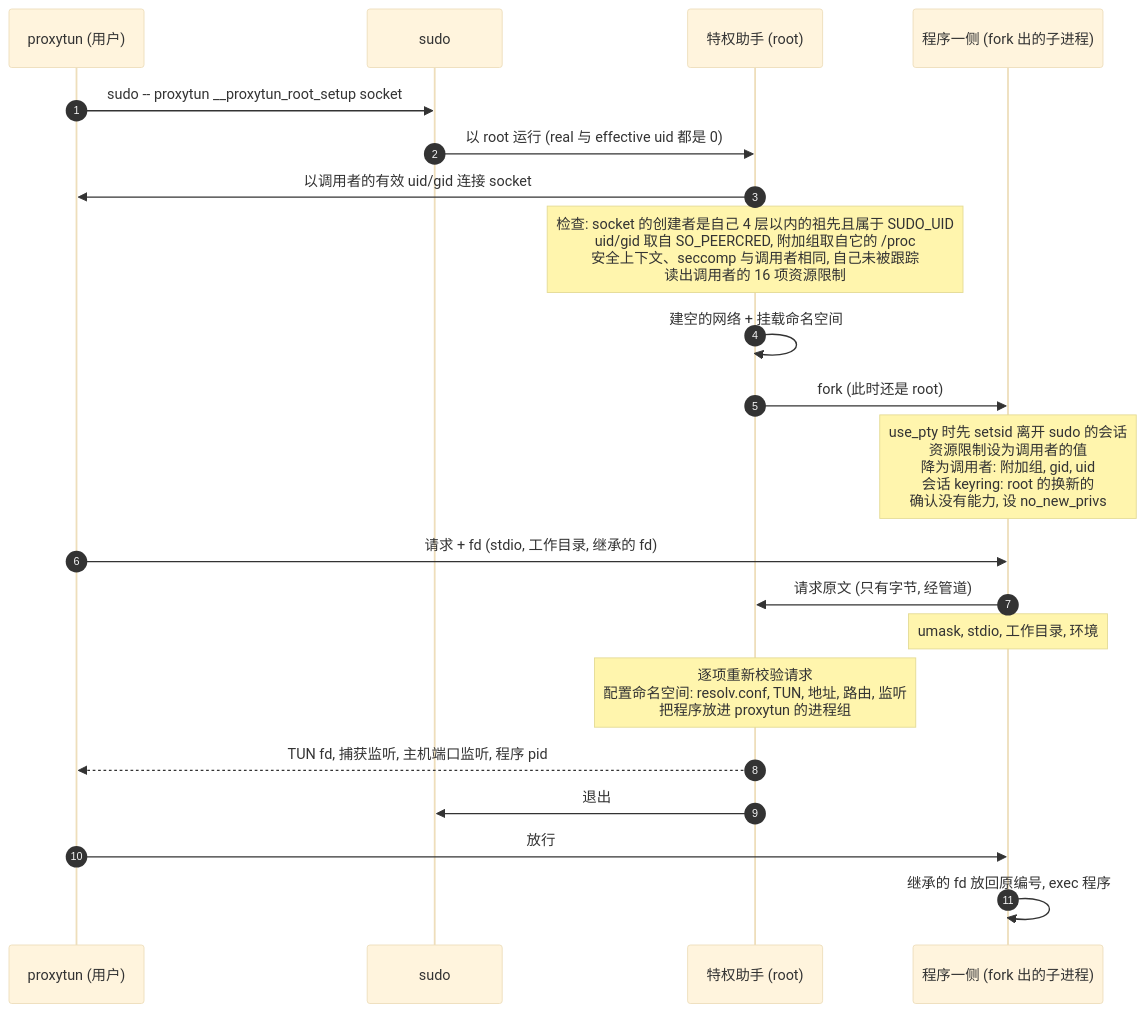
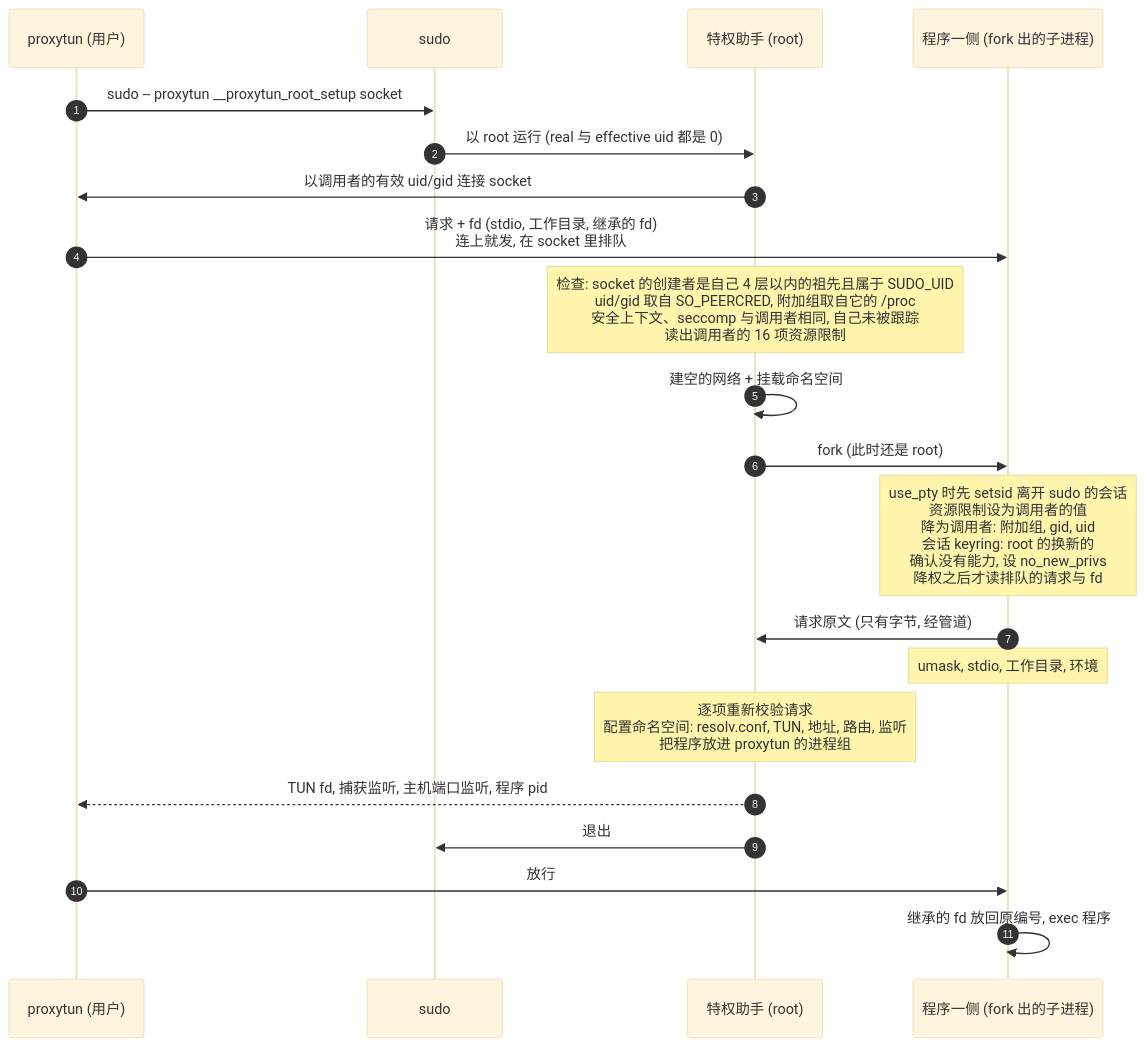
The second of 2 diagrams in docs/architecture/privilege.md (moonshawdo/proxytun), drawn with Mermaid (base theme) before and after one commit. The commit also changed other lines of this file and 14 other files, not shown here.

````diff
--- a/docs/architecture/privilege.md
+++ b/docs/architecture/privilege.md
@@ -40,24 +40,24 @@
 ```mermaid
 sequenceDiagram
     autonumber
     participant PT as proxytun (用户)
     participant SU as sudo
     participant H as 特权助手 (root)
     participant C as 程序一侧 (fork 出的子进程)
 
     PT->>SU: sudo -- proxytun __proxytun_root_setup socket
     SU->>H: 以 root 运行 (real 与 effective uid 都是 0)
     H->>PT: 以调用者的有效 uid/gid 连接 socket
+    PT->>C: 请求 + fd (stdio, 工作目录, 继承的 fd)<br/>连上就发, 在 socket 里排队
     Note over H: 检查: socket 的创建者是自己 4 层以内的祖先且属于 SUDO_UID<br/>uid/gid 取自 SO_PEERCRED, 附加组取自它的 /proc<br/>安全上下文、seccomp 与调用者相同, 自己未被跟踪<br/>读出调用者的 16 项资源限制
     H->>H: 建空的网络 + 挂载命名空间
     H->>C: fork (此时还是 root)
-    Note over C: use_pty 时先 setsid 离开 sudo 的会话<br/>资源限制设为调用者的值<br/>降为调用者: 附加组, gid, uid<br/>会话 keyring: root 的换新的<br/>确认没有能力, 设 no_new_privs
-    PT->>C: 请求 + fd (stdio, 工作目录, 继承的 fd)
+    Note over C: use_pty 时先 setsid 离开 sudo 的会话<br/>资源限制设为调用者的值<br/>降为调用者: 附加组, gid, uid<br/>会话 keyring: root 的换新的<br/>确认没有能力, 设 no_new_privs<br/>降权之后才读排队的请求与 fd
     C->>H: 请求原文 (只有字节, 经管道)
     Note over C: umask, stdio, 工作目录, 环境
     Note over H: 逐项重新校验请求<br/>配置命名空间: resolv.conf, TUN, 地址, 路由, 监听<br/>把程序放进 proxytun 的进程组
     H-->>PT: TUN fd, 捕获监听, 主机端口监听, 程序 pid
     H->>SU: 退出
     PT->>C: 放行
     C->>C: 继承的 fd 放回原编号, exec 程序
 ```
````
